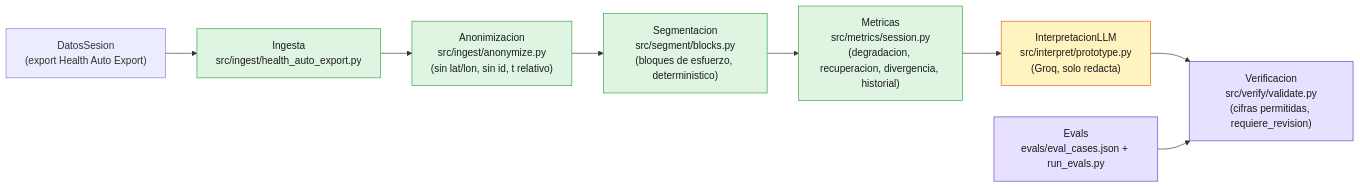
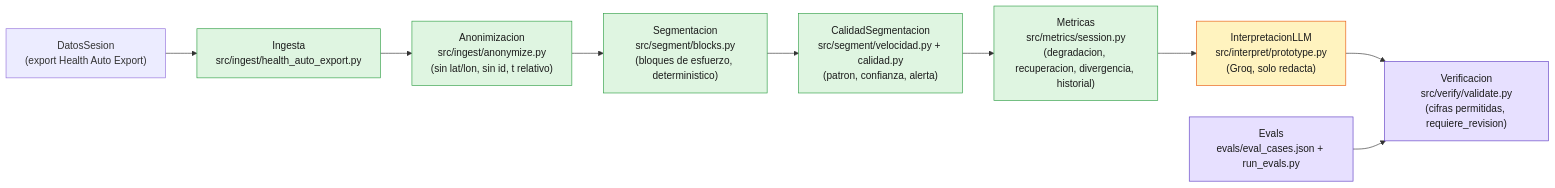
Before and after one commit to juanmira19/Ronin: the diagram in docs/arquitectura.md, drawn with Mermaid. The commit also changed other lines of this file and 18 other files, not shown here.

First line of the commit message:
Consumir la senal de velocidad para refinar bloques y medir confianza

````diff
--- a/docs/arquitectura.md
+++ b/docs/arquitectura.md
@@ -7,19 +7,20 @@
 ```mermaid
 flowchart LR
   DatosSesion["DatosSesion\n(export Health Auto Export)"] --> Ingesta
   Ingesta["Ingesta\nsrc/ingest/health_auto_export.py"] --> Anonimizacion
   Anonimizacion["Anonimizacion\nsrc/ingest/anonymize.py\n(sin lat/lon, sin id, t relativo)"] --> Segmentacion
-  Segmentacion["Segmentacion\nsrc/segment/blocks.py\n(bloques de esfuerzo, deterministico)"] --> Metricas
+  Segmentacion["Segmentacion\nsrc/segment/blocks.py\n(bloques de esfuerzo, deterministico)"] --> CalidadSeg
+  CalidadSeg["CalidadSegmentacion\nsrc/segment/velocidad.py + calidad.py\n(patron, confianza, alerta)"] --> Metricas
   Metricas["Metricas\nsrc/metrics/session.py\n(degradacion, recuperacion, divergencia, historial)"] --> InterpretacionLLM
   InterpretacionLLM["InterpretacionLLM\nsrc/interpret/prototype.py\n(Groq, solo redacta)"] --> Verificacion
   Evals["Evals\nevals/eval_cases.json + run_evals.py"] --> Verificacion
   Verificacion["Verificacion\nsrc/verify/validate.py\n(cifras permitidas, requiere_revision)"]
 
   classDef deterministico fill:#dff5e1,stroke:#2f9e44,color:#1b1b1b;
   classDef llm fill:#fff3bf,stroke:#e8590c,color:#1b1b1b;
   classDef verifica fill:#e7e0ff,stroke:#5f3dc4,color:#1b1b1b;
 
-  class Ingesta,Anonimizacion,Segmentacion,Metricas deterministico;
+  class Ingesta,Anonimizacion,Segmentacion,CalidadSeg,Metricas deterministico;
   class InterpretacionLLM llm;
   class Verificacion,Evals verifica;
 ```
````
